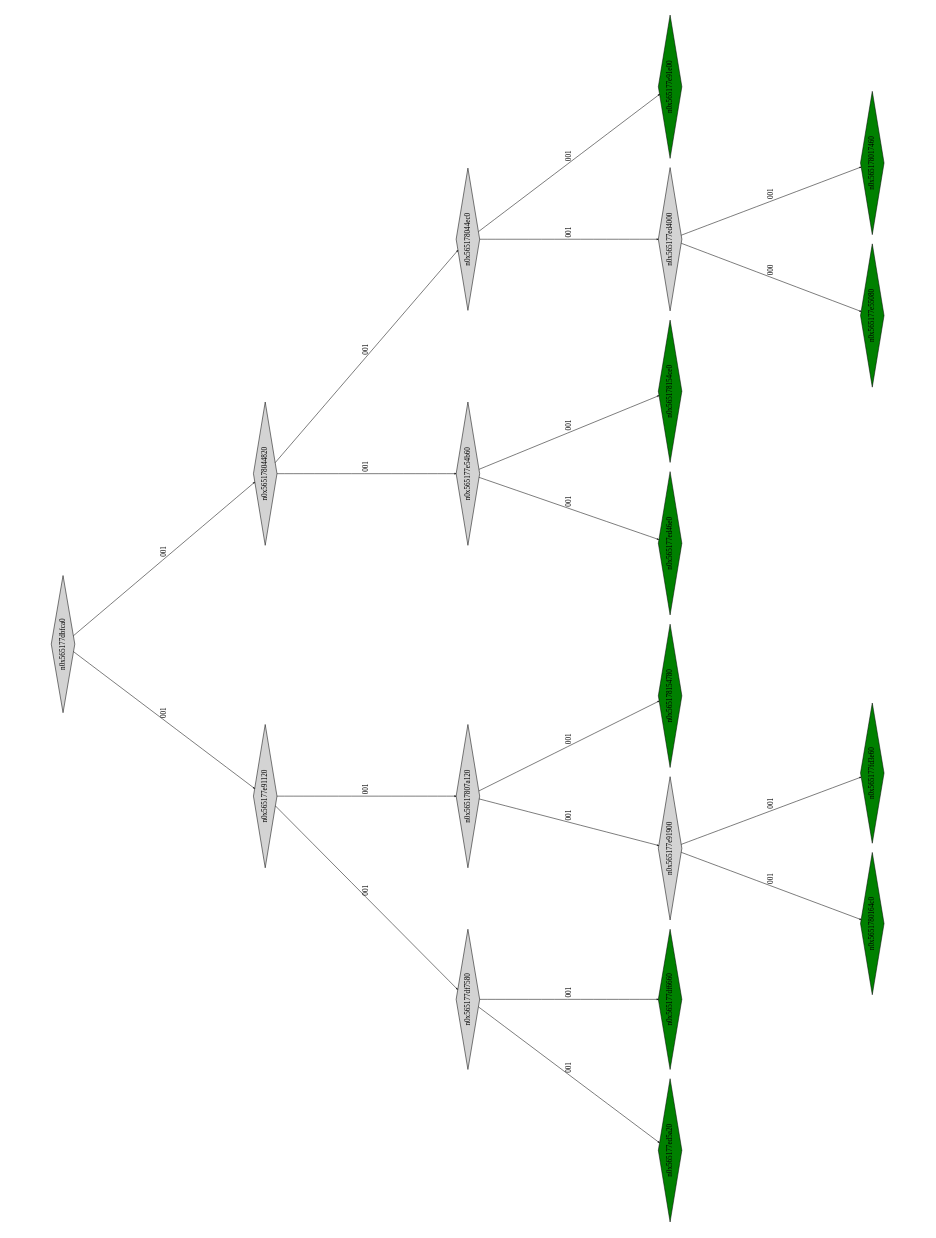
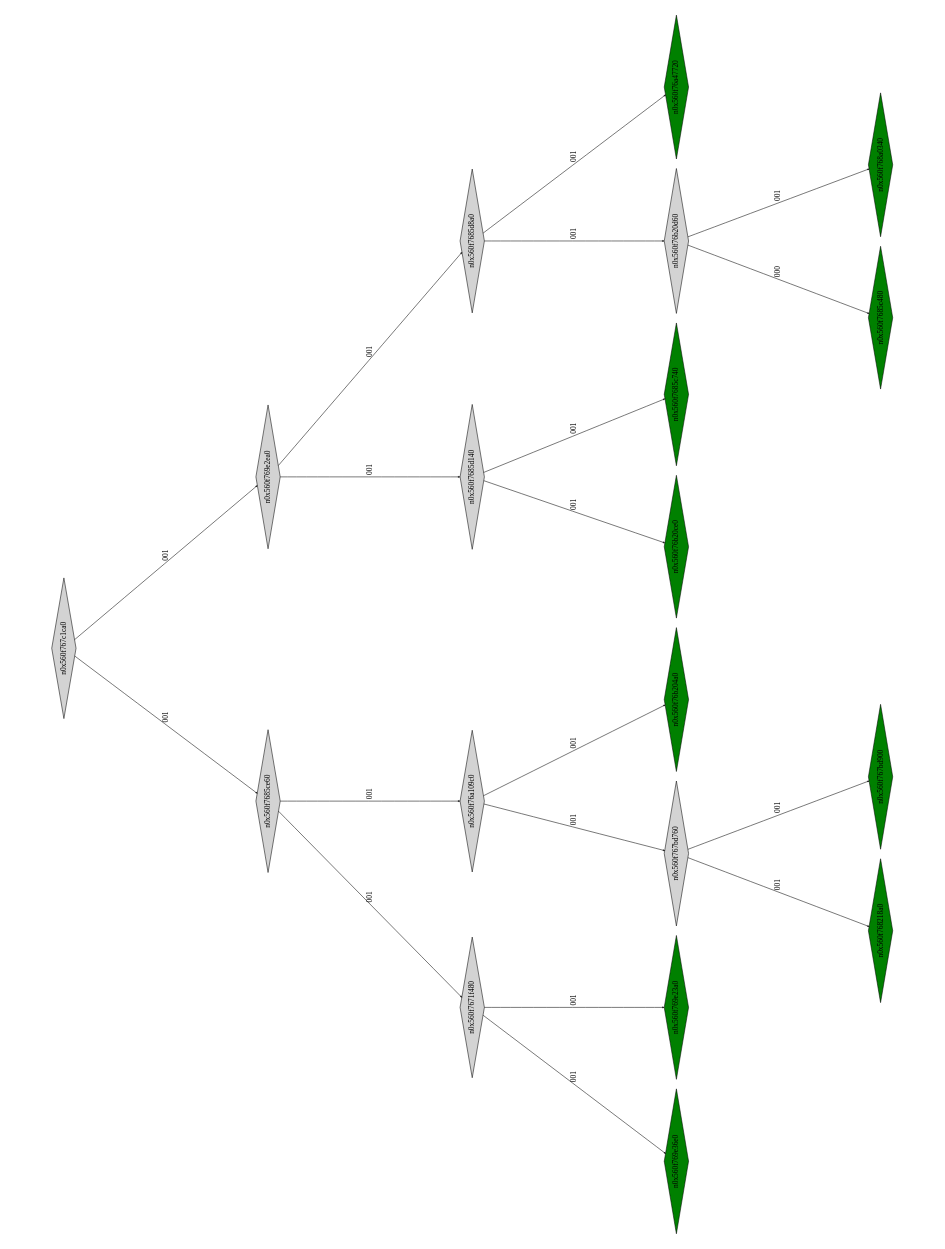
The diagram in montyhall_klee_out/ptree_00001108.dot (Research-Tools-PAVT/PSE-Program-Examples), drawn with Graphviz before and after one commit. The commit also changed 36 other files, not shown here.

```diff
--- a/montyhall_klee_out/ptree_00001108.dot
+++ b/montyhall_klee_out/ptree_00001108.dot
@@ -1,45 +1,45 @@
 digraph G {
 	size="10,7.5";
 	ratio=fill;
 	rotate=90;
 	center = "true";
 	node [style="filled",width=.1,height=.1,fontname="Terminus"]
 	edge [arrowsize=.3]
-	n0x565177dbfca0 [shape=diamond];
-	n0x565177dbfca0 -> n0x565177e91120 [label=001];
-	n0x565177dbfca0 -> n0x565178044820 [label=001];
-	n0x565178044820 [shape=diamond];
-	n0x565178044820 -> n0x565177e54b60 [label=001];
-	n0x565178044820 -> n0x565178044ec0 [label=001];
-	n0x565178044ec0 [shape=diamond];
-	n0x565178044ec0 -> n0x565177ed4000 [label=001];
-	n0x565178044ec0 -> n0x565177e91e00 [label=001];
-	n0x565177e91e00 [shape=diamond,fillcolor=green];
-	n0x565177ed4000 [shape=diamond];
-	n0x565177ed4000 -> n0x565177e55080 [label=000];
-	n0x565177ed4000 -> n0x565178017460 [label=001];
-	n0x565178017460 [shape=diamond,fillcolor=green];
-	n0x565177e55080 [shape=diamond,fillcolor=green];
-	n0x565177e54b60 [shape=diamond];
-	n0x565177e54b60 -> n0x565177ed46e0 [label=001];
-	n0x565177e54b60 -> n0x565178154ce0 [label=001];
-	n0x565178154ce0 [shape=diamond,fillcolor=green];
-	n0x565177ed46e0 [shape=diamond,fillcolor=green];
-	n0x565177e91120 [shape=diamond];
-	n0x565177e91120 -> n0x565177df7580 [label=001];
-	n0x565177e91120 -> n0x56517807a120 [label=001];
-	n0x56517807a120 [shape=diamond];
-	n0x56517807a120 -> n0x565177e91900 [label=001];
-	n0x56517807a120 -> n0x565178154780 [label=001];
-	n0x565178154780 [shape=diamond,fillcolor=green];
-	n0x565177e91900 [shape=diamond];
-	n0x565177e91900 -> n0x5651780164c0 [label=001];
-	n0x565177e91900 -> n0x565177fd3e60 [label=001];
-	n0x565177fd3e60 [shape=diamond,fillcolor=green];
-	n0x5651780164c0 [shape=diamond,fillcolor=green];
-	n0x565177df7580 [shape=diamond];
-	n0x565177df7580 -> n0x565177ed5a20 [label=001];
-	n0x565177df7580 -> n0x565177df6660 [label=001];
-	n0x565177df6660 [shape=diamond,fillcolor=green];
-	n0x565177ed5a20 [shape=diamond,fillcolor=green];
+	n0x560f767c1ca0 [shape=diamond];
+	n0x560f767c1ca0 -> n0x560f7685ce60 [label=001];
+	n0x560f767c1ca0 -> n0x560f769e2ea0 [label=001];
+	n0x560f769e2ea0 [shape=diamond];
+	n0x560f769e2ea0 -> n0x560f7685d140 [label=001];
+	n0x560f769e2ea0 -> n0x560f7685d8a0 [label=001];
+	n0x560f7685d8a0 [shape=diamond];
+	n0x560f7685d8a0 -> n0x560f76b20d60 [label=001];
+	n0x560f7685d8a0 -> n0x560f76a47720 [label=001];
+	n0x560f76a47720 [shape=diamond,fillcolor=green];
+	n0x560f76b20d60 [shape=diamond];
+	n0x560f76b20d60 -> n0x560f7685c480 [label=000];
+	n0x560f76b20d60 -> n0x560f768a0340 [label=001];
+	n0x560f768a0340 [shape=diamond,fillcolor=green];
+	n0x560f7685c480 [shape=diamond,fillcolor=green];
+	n0x560f7685d140 [shape=diamond];
+	n0x560f7685d140 -> n0x560f76b20ce0 [label=001];
+	n0x560f7685d140 -> n0x560f7685c740 [label=001];
+	n0x560f7685c740 [shape=diamond,fillcolor=green];
+	n0x560f76b20ce0 [shape=diamond,fillcolor=green];
+	n0x560f7685ce60 [shape=diamond];
+	n0x560f7685ce60 -> n0x560f7671f480 [label=001];
+	n0x560f7685ce60 -> n0x560f76a109c0 [label=001];
+	n0x560f76a109c0 [shape=diamond];
+	n0x560f76a109c0 -> n0x560f767bd760 [label=001];
+	n0x560f76a109c0 -> n0x560f76b204a0 [label=001];
+	n0x560f76b204a0 [shape=diamond,fillcolor=green];
+	n0x560f767bd760 [shape=diamond];
+	n0x560f767bd760 -> n0x560f768218a0 [label=001];
+	n0x560f767bd760 -> n0x560f767bd900 [label=001];
+	n0x560f767bd900 [shape=diamond,fillcolor=green];
+	n0x560f768218a0 [shape=diamond,fillcolor=green];
+	n0x560f7671f480 [shape=diamond];
+	n0x560f7671f480 -> n0x560f769e36e0 [label=001];
+	n0x560f7671f480 -> n0x560f769e23a0 [label=001];
+	n0x560f769e23a0 [shape=diamond,fillcolor=green];
+	n0x560f769e36e0 [shape=diamond,fillcolor=green];
 }
```
